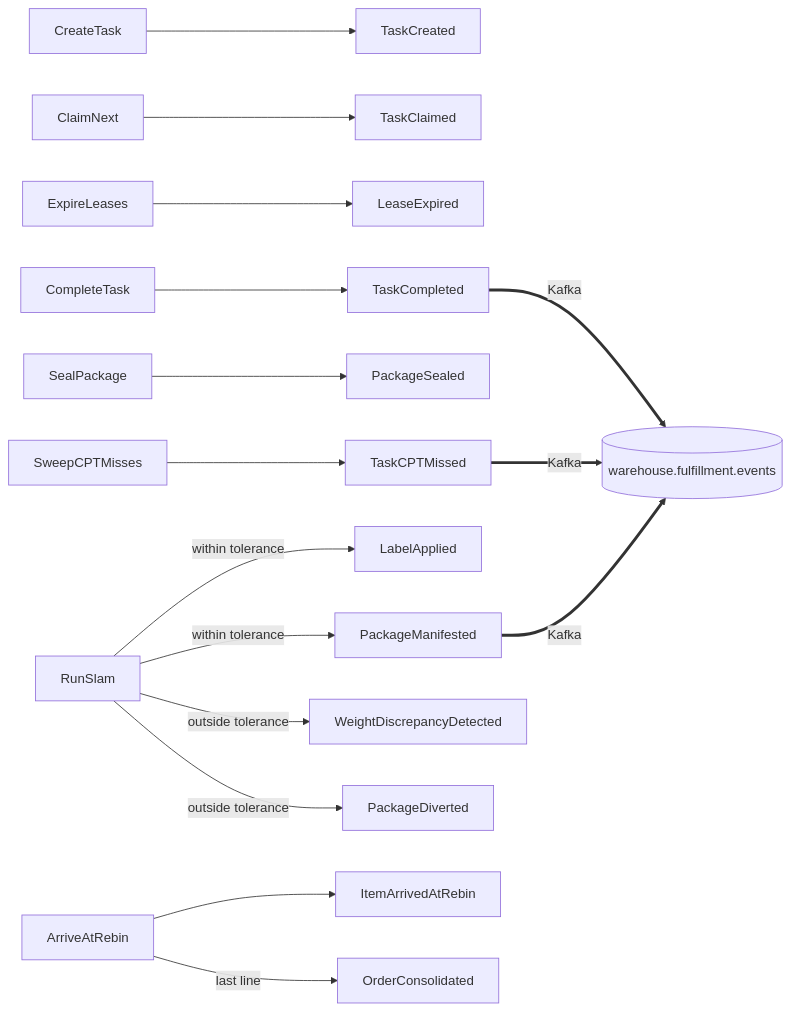
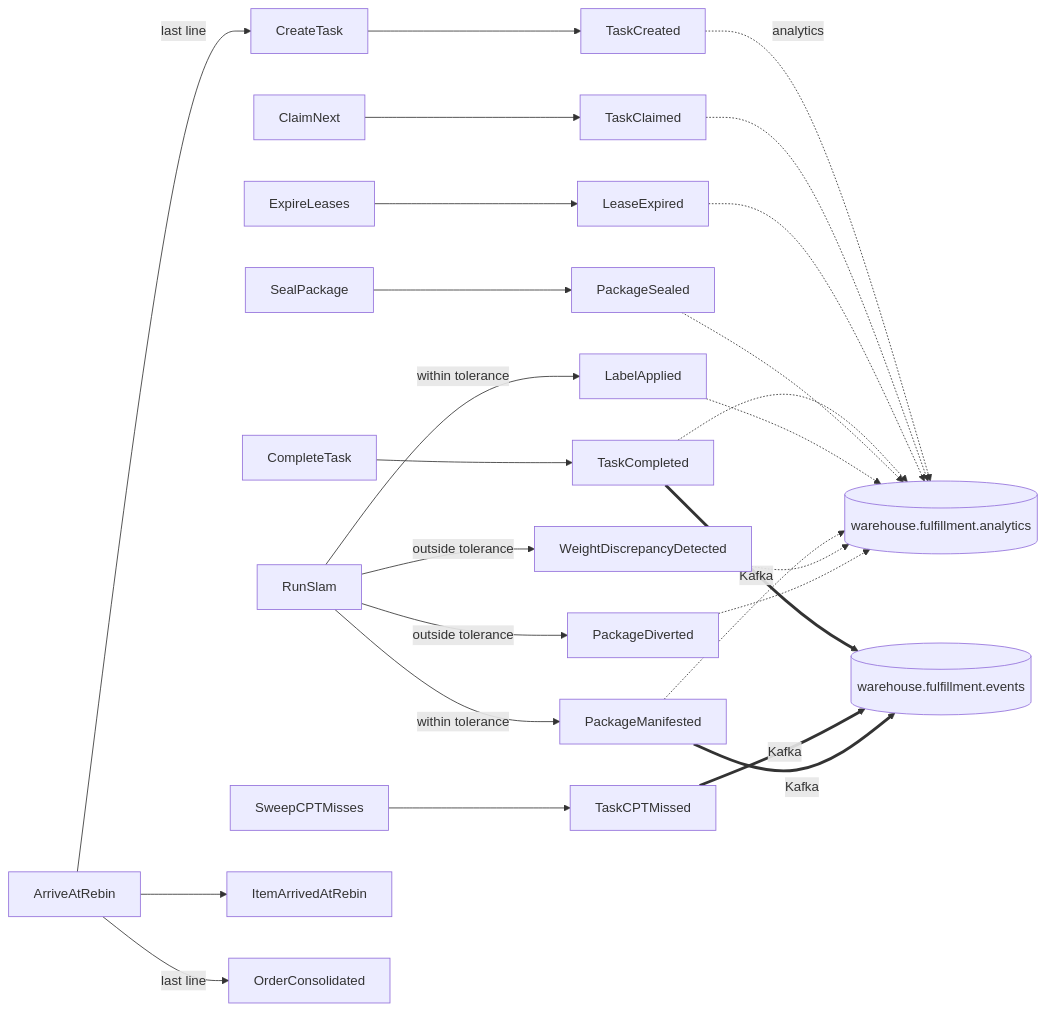
One commit to IQVO/fulfillment-execution changed the diagram in docs/docs/ddd/domain-events.md. Above: the diagram before and after it, drawn with Mermaid. The commit also changed other lines of this file and 29 other files, not shown here.

````diff
--- a/docs/docs/ddd/domain-events.md
+++ b/docs/docs/ddd/domain-events.md
@@ -61,18 +122,28 @@
 ```mermaid
 flowchart LR
     CT["CreateTask"] --> TC["TaskCreated"]
     CN["ClaimNext"] --> TCL["TaskClaimed"]
     EL["ExpireLeases"] --> LE["LeaseExpired"]
     CMP["CompleteTask"] --> TCP["TaskCompleted"]
     SP["SealPackage"] --> PS["PackageSealed"]
     RS["RunSlam"] -->|within tolerance| LA["LabelApplied"]
     RS -->|within tolerance| PM["PackageManifested"]
     RS -->|outside tolerance| WD["WeightDiscrepancyDetected"]
     RS -->|outside tolerance| PD["PackageDiverted"]
     SW["SweepCPTMisses"] --> CM["TaskCPTMissed"]
     AR["ArriveAtRebin"] --> IA["ItemArrivedAtRebin"]
+    AR -->|last line| CT
     AR -->|last line| OC["OrderConsolidated"]
     TCP ==>|Kafka| K[("warehouse.fulfillment.events")]
     CM ==>|Kafka| K
     PM ==>|Kafka| K
+    TC -.->|analytics| A[("warehouse.fulfillment.analytics")]
+    TCL -.-> A
+    LE -.-> A
+    TCP -.-> A
+    PS -.-> A
+    LA -.-> A
+    PM -.-> A
+    WD -.-> A
+    PD -.-> A
 ```
````
